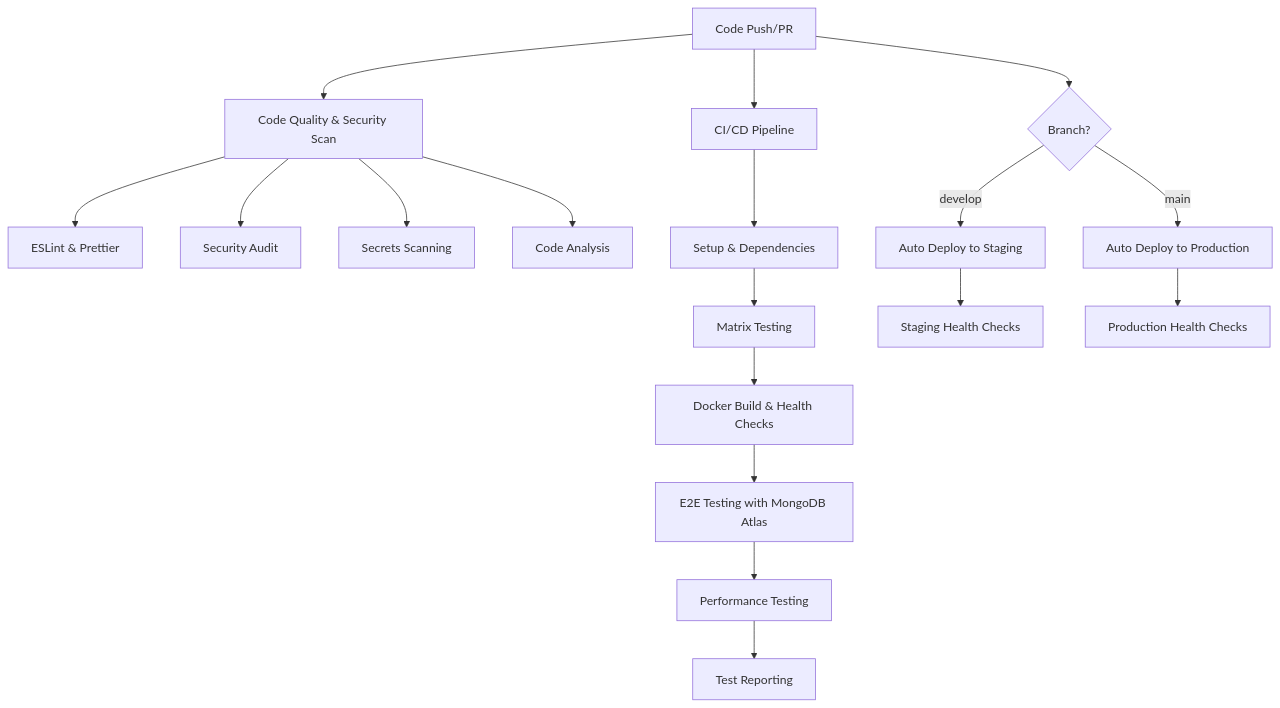
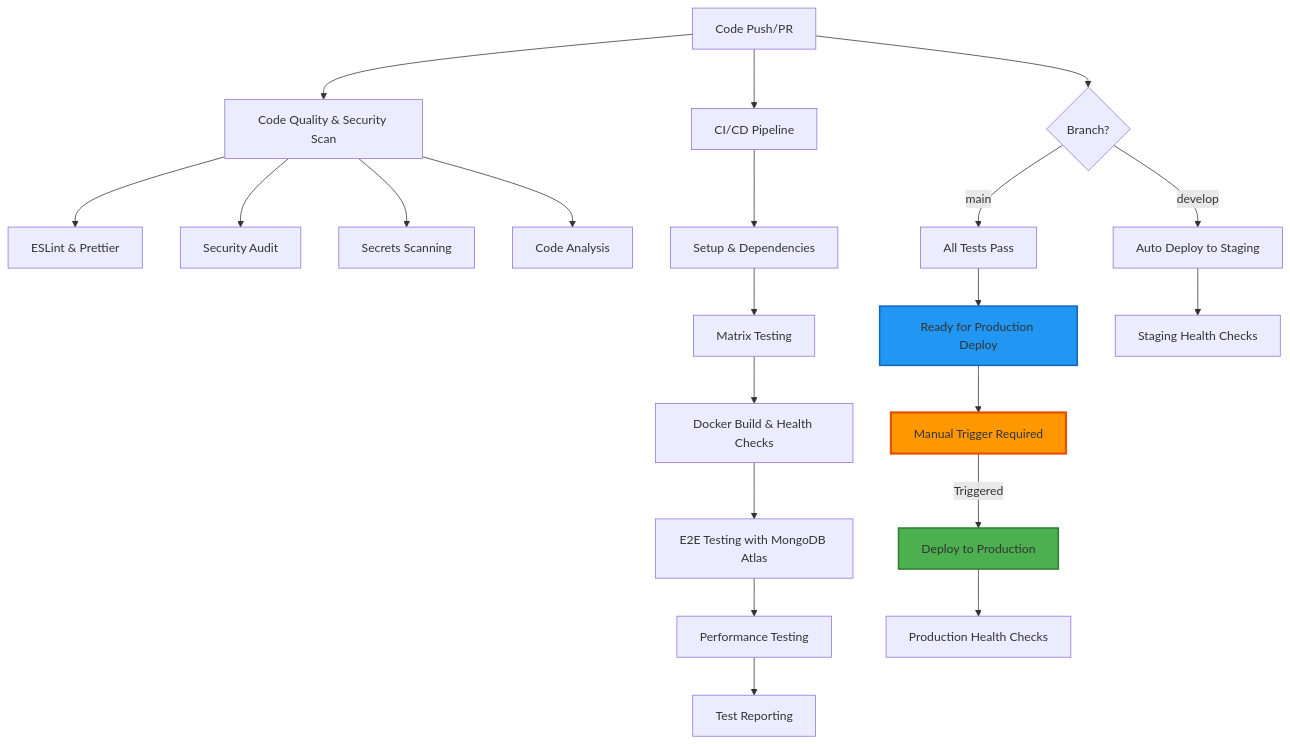
The diagram in docs/MILESTONE_2_FINAL_SUBMISSION.md (Honeegee/BrainBytesAI), drawn with Mermaid before and after one commit.

Commit message:
Update MILESTONE_2_FINAL_SUBMISSION.md
fix diagram

````diff
--- a/docs/MILESTONE_2_FINAL_SUBMISSION.md
+++ b/docs/MILESTONE_2_FINAL_SUBMISSION.md
@@ -168,24 +168,33 @@
 ```mermaid
 graph TD
     A[Code Push/PR] --> B[Code Quality & Security Scan]
     A --> C[CI/CD Pipeline]
     
     B --> B1[ESLint & Prettier]
     B --> B2[Security Audit]
     B --> B3[Secrets Scanning]
     B --> B4[Code Analysis]
     
     C --> C1[Setup & Dependencies]
     C1 --> C2[Matrix Testing]
     C2 --> C3[Docker Build & Health Checks]
     C3 --> C4[E2E Testing with MongoDB Atlas]
     C4 --> C5[Performance Testing]
     C5 --> C6[Test Reporting]
     
     A --> D{Branch?}
     D -->|develop| E[Auto Deploy to Staging]
-    D -->|main| F[Auto Deploy to Production]
+    D -->|main| F[All Tests Pass]
     
-    E --> G[Staging Health Checks]
-    F --> H[Production Health Checks]
+    F --> G[Ready for Production Deploy]
+    G --> H[Manual Trigger Required]
+    H -->|Triggered| I[Deploy to Production]
+    
+    E --> K[Staging Health Checks]
+    I --> L[Production Health Checks]
+    
+    style G fill:#2196f3,stroke:#1565c0,stroke-width:2px
+    style H fill:#ff9800,stroke:#e65100,stroke-width:3px
+    style I fill:#4caf50,stroke:#2e7d32,stroke-width:2px
+
 ```
````
